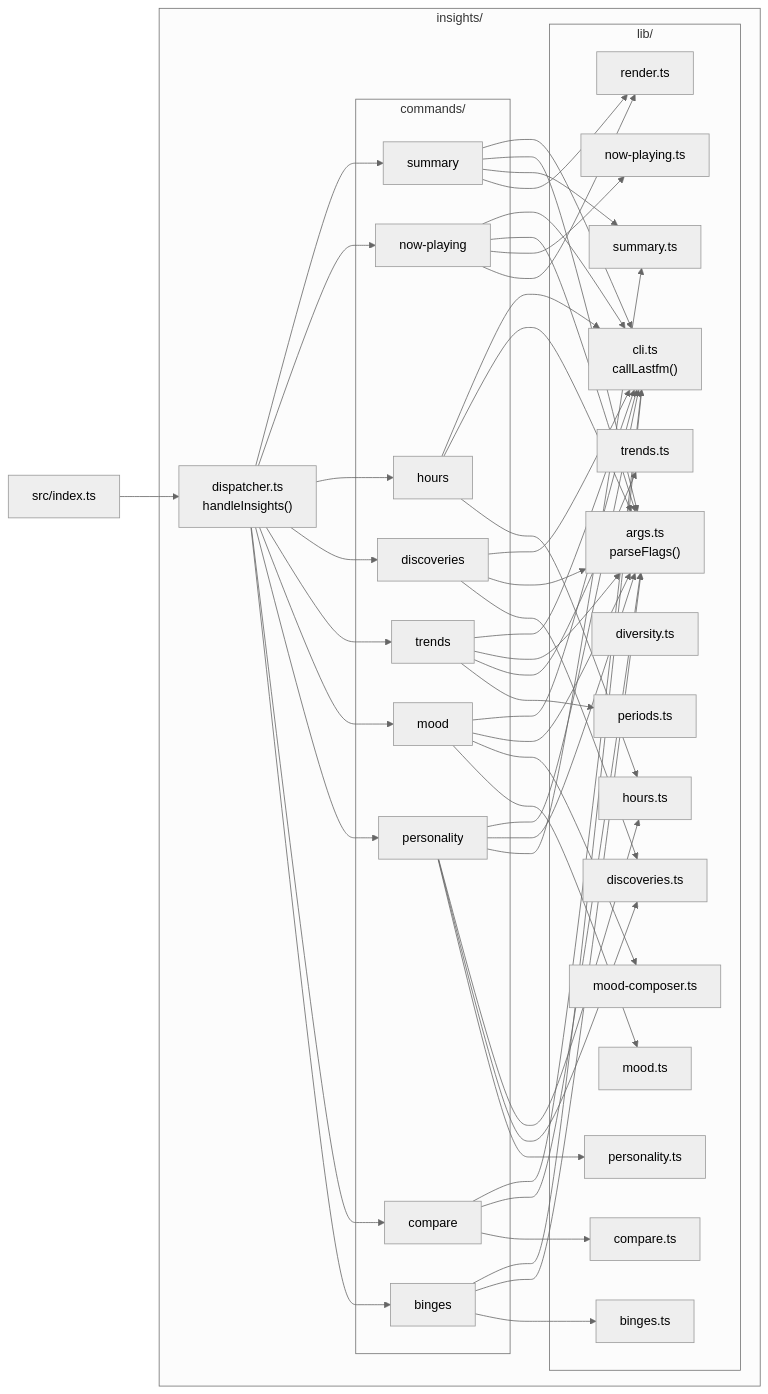
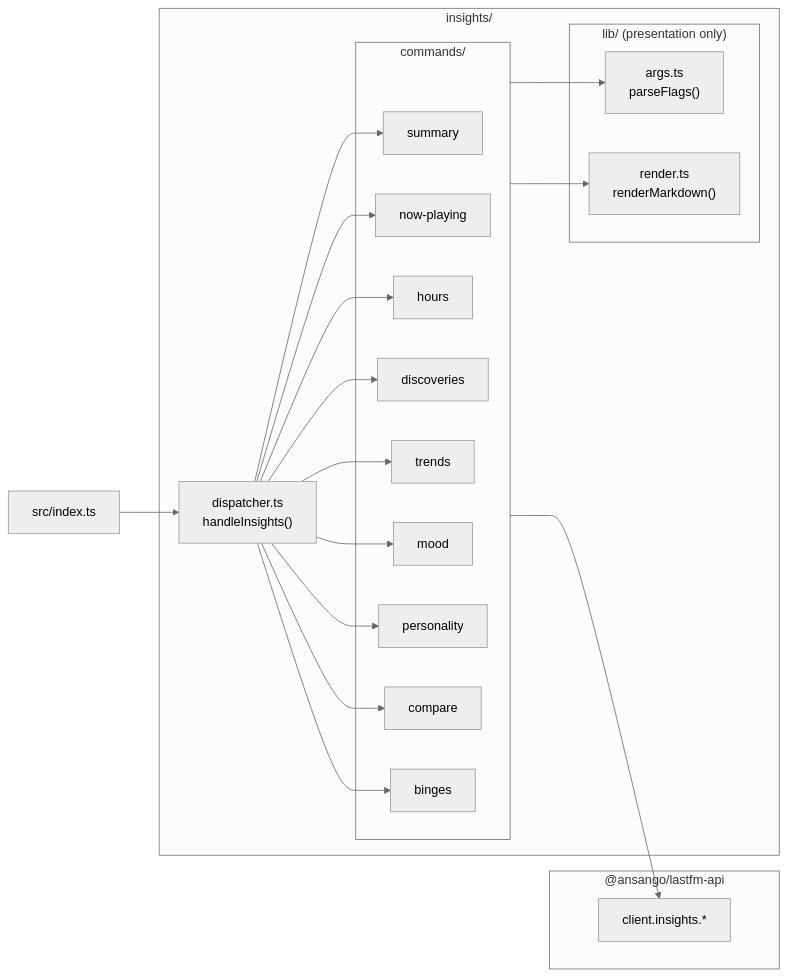
Before and after one commit to ansango/lastfm-cli: the diagram in src/insights/README.md, drawn with Mermaid (neutral theme). The commit also changed other lines of this file and 50 other files, not shown here.

Commit message:
refactor(insights): delegate analytical commands to @ansango/lastfm-api/insights (closes #19, #20, #21, #22, #23, #24, #25)

````diff
--- a/src/insights/README.md
+++ b/src/insights/README.md
@@ -16,51 +13,35 @@
 ```mermaid
 graph LR
   IDX["src/index.ts"]
 
   subgraph INS["insights/"]
     DISP["dispatcher.ts<br/>handleInsights()"]
 
     subgraph CMD["commands/"]
       C1[summary]
       C2[now-playing]
       C3[hours]
       C4[discoveries]
       C5[trends]
       C6[mood]
       C7[personality]
       C8[compare]
       C9[binges]
     end
 
-    subgraph LIB["lib/"]
-      L_CLI["cli.ts<br/>callLastfm()"]
+    subgraph LIB["lib/ (presentation only)"]
       L_ARGS["args.ts<br/>parseFlags()"]
-      L_PER["periods.ts"]
-      L_SUM["summary.ts"]
-      L_NP["now-playing.ts"]
-      L_HRS["hours.ts"]
-      L_DIV["diversity.ts"]
-      L_DSC["discoveries.ts"]
-      L_TRD["trends.ts"]
-      L_MOO["mood.ts"]
-      L_MOC["mood-composer.ts"]
-      L_PER2["personality.ts"]
-      L_CMP["compare.ts"]
-      L_BNG["binges.ts"]
-      L_RND["render.ts"]
+      L_RND["render.ts<br/>renderMarkdown()"]
     end
+  end
+
+  subgraph SDK["@ansango/lastfm-api"]
+    API["client.insights.*"]
   end
 
   IDX --> DISP
   DISP --> C1 & C2 & C3 & C4 & C5 & C6 & C7 & C8 & C9
-
-  C1 --> L_CLI & L_ARGS & L_SUM & L_RND
-  C2 --> L_CLI & L_ARGS & L_NP & L_RND
-  C3 --> L_CLI & L_ARGS & L_HRS
-  C4 --> L_CLI & L_ARGS & L_DSC
-  C5 --> L_CLI & L_ARGS & L_TRD & L_PER
-  C6 --> L_CLI & L_ARGS & L_MOC & L_MOO
-  C7 --> L_CLI & L_ARGS & L_SUM & L_HRS & L_DSC & L_PER2
-  C8 --> L_CLI & L_ARGS & L_CMP
-  C9 --> L_CLI & L_ARGS & L_BNG
+  CMD --> L_ARGS
+  CMD --> L_RND
+  CMD --> API
 ```
````
